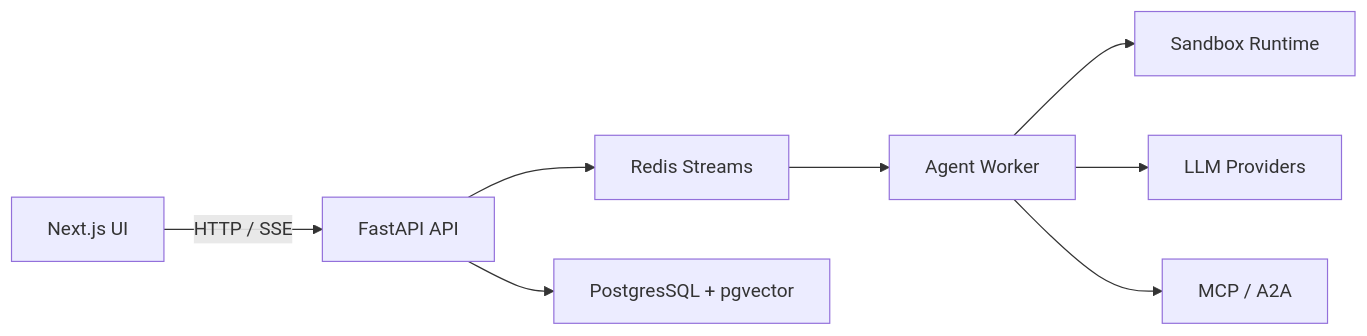
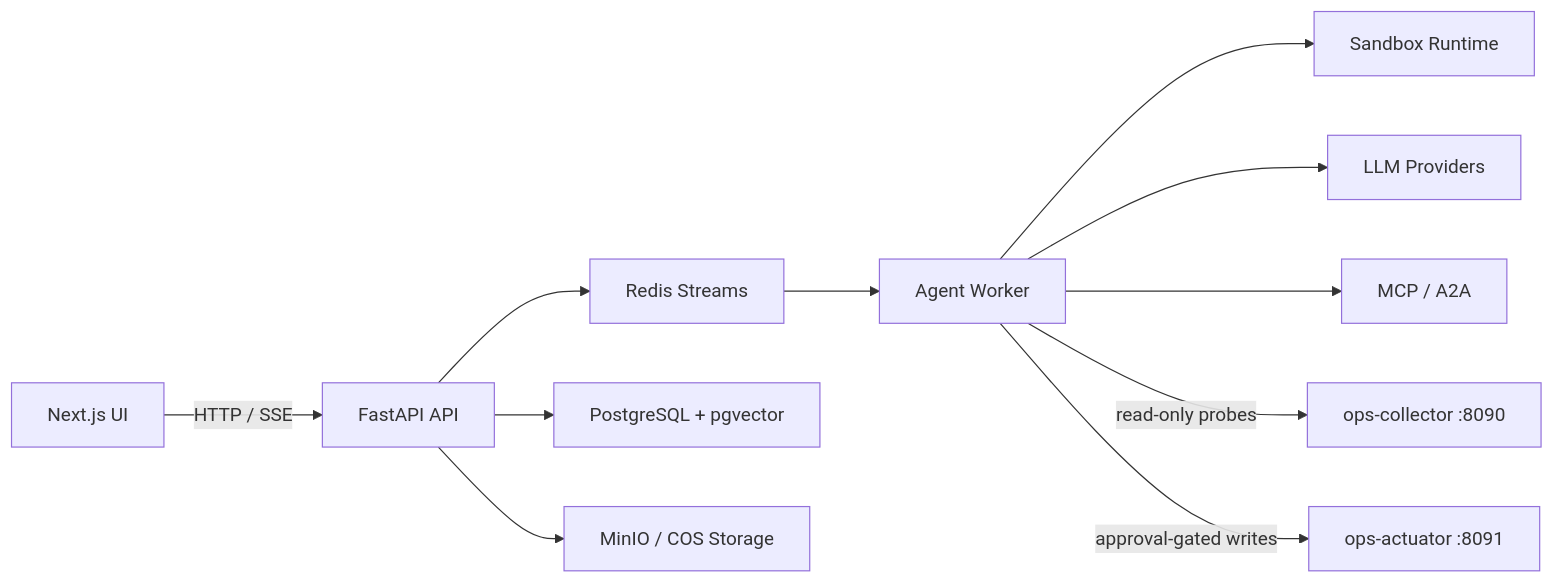
One commit to OceaLong/opencitadel changed the diagram in README.md. Above: the diagram before and after it, drawn with Mermaid. The commit also changed other lines of this file and 375 other files, not shown here.

````diff
--- a/README.md
+++ b/README.md
@@ -70,10 +71,13 @@
 ```mermaid
 flowchart LR
   UI["Next.js UI"] -->|"HTTP / SSE"| API["FastAPI API"]
   API --> Redis["Redis Streams"]
-  API --> PG["PostgresSQL + pgvector"]
+  API --> PG["PostgreSQL + pgvector"]
+  API --> Storage["MinIO / COS Storage"]
   Redis --> Worker["Agent Worker"]
   Worker --> Sandbox["Sandbox Runtime"]
   Worker --> LLM["LLM Providers"]
   Worker --> MCP["MCP / A2A"]
+  Worker -->|"read-only probes"| Collector["ops-collector :8090"]
+  Worker -->|"approval-gated writes"| Actuator["ops-actuator :8091"]
 ```
````
